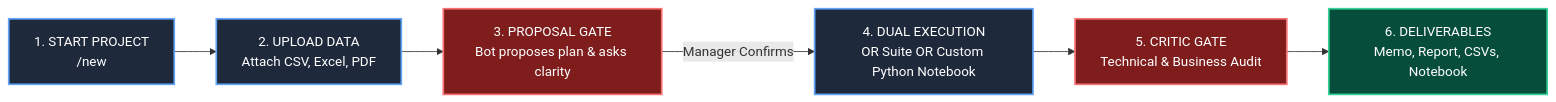
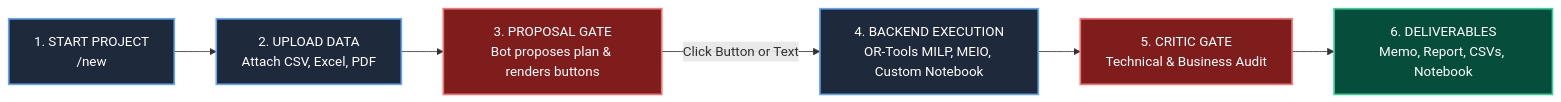
Before and after one commit to Andrariando/AnalyticsBot: the first of 3 diagrams in README.md, drawn with Mermaid. The commit also changed other lines of this file and 9 other files, not shown here.

Commit message:
feat: implement Google OR-Tools exact MILP, Multi-Echelon MEIO, Rolling Checkpoints, and Telegram Inline Buttons

````diff
--- a/README.md
+++ b/README.md
@@ -23,12 +25,12 @@
 ```mermaid
 flowchart LR
     classDef step fill:#1E293B,stroke:#60A5FA,stroke-width:2px,color:#FFFFFF;
     classDef gate fill:#7F1D1D,stroke:#F87171,stroke-width:2px,color:#FFFFFF;
     classDef out fill:#064E3B,stroke:#34D399,stroke-width:2px,color:#FFFFFF;
 
     A["1. START PROJECT<br>/new <Title>"]:::step --> B["2. UPLOAD DATA<br>Attach CSV, Excel, PDF"]:::step
-    B --> C["3. PROPOSAL GATE<br>Bot proposes plan & asks clarity"]:::gate
-    C -->|Manager Confirms| D["4. DUAL EXECUTION<br>OR Suite OR Custom Python Notebook"]:::step
+    B --> C["3. PROPOSAL GATE<br>Bot proposes plan & renders buttons"]:::gate
+    C -->|Click Button or Text| D["4. BACKEND EXECUTION<br>OR-Tools MILP, MEIO, Custom Notebook"]:::step
     D --> E["5. CRITIC GATE<br>Technical & Business Audit"]:::gate
     E --> F["6. DELIVERABLES<br>Memo, Report, CSVs, Notebook"]:::out
 ```
````
